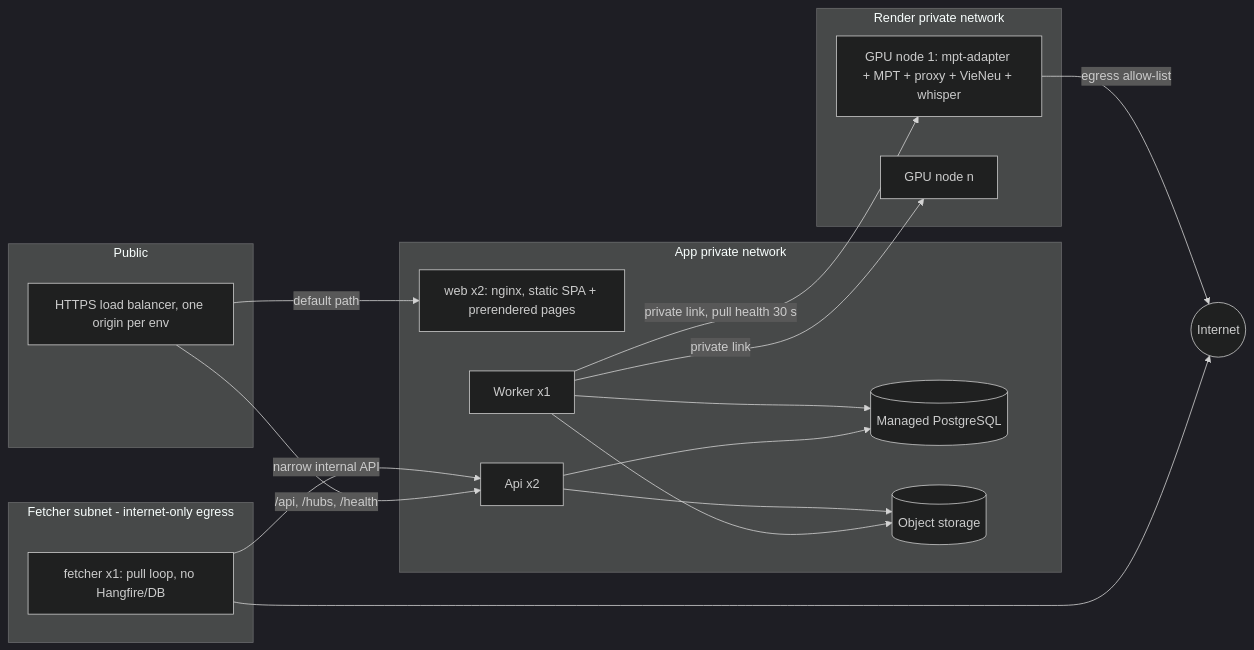
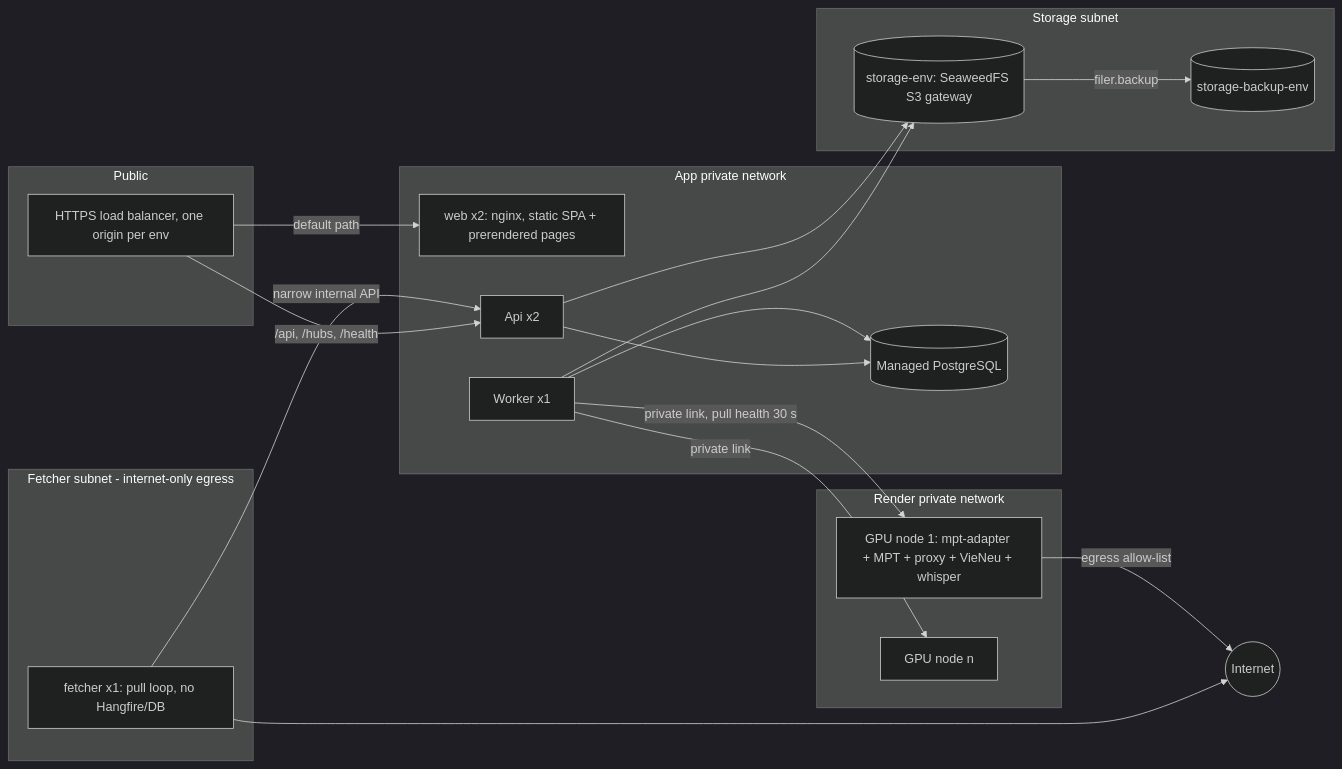
Before and after one commit to anglesen1120/NightTalesStudio: the diagram in plans/11-worker-deployment.md, drawn with Mermaid (dark theme). The commit also changed other lines of this file and 21 other files, not shown here.

Commit message:
Plan 11 CR-15: self-hosted SeaweedFS in every env (O7); rulings T74-T91, 11.4.1-T2/T3, consumer sweep

````diff
--- a/plans/11-worker-deployment.md
+++ b/plans/11-worker-deployment.md
@@ -128,32 +134,36 @@
 ```mermaid
 flowchart LR
   subgraph Public
     LB[HTTPS load balancer, one origin per env]
   end
   subgraph App private network
     WEB[web x2: nginx, static SPA + prerendered pages]
     API[Api x2]
     WK[Worker x1]
     PG[(Managed PostgreSQL)]
-    S3[(Object storage)]
+  end
+  subgraph Storage subnet
+    S3[(storage-env: SeaweedFS S3 gateway)]
+    SB[(storage-backup-env)]
   end
   subgraph Render private network
     N1[GPU node 1: mpt-adapter + MPT + proxy + VieNeu + whisper]
     N2[GPU node n]
   end
   subgraph Fetcher subnet - internet-only egress
     FT[fetcher x1: pull loop, no Hangfire/DB]
   end
   INET((Internet))
   LB -->|"default path"| WEB
   LB -->|"/api, /hubs, /health"| API
   API --> PG
   WK --> PG
   WK --> S3
   API --> S3
+  S3 -->|"filer.backup"| SB
   WK -->|"private link, pull health 30 s"| N1
   WK -->|private link| N2
   FT -->|"narrow internal API"| API
   FT --> INET
   N1 -->|"egress allow-list"| INET
 ```
````
